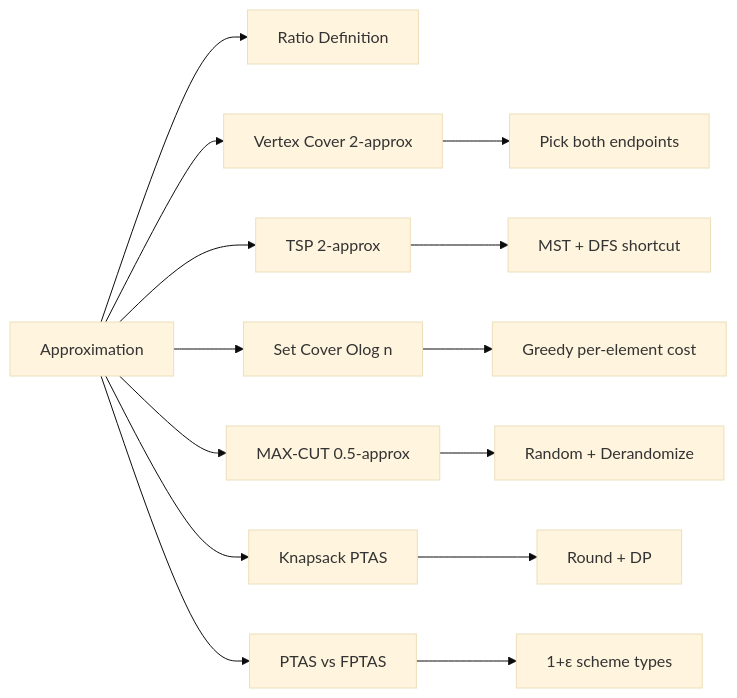
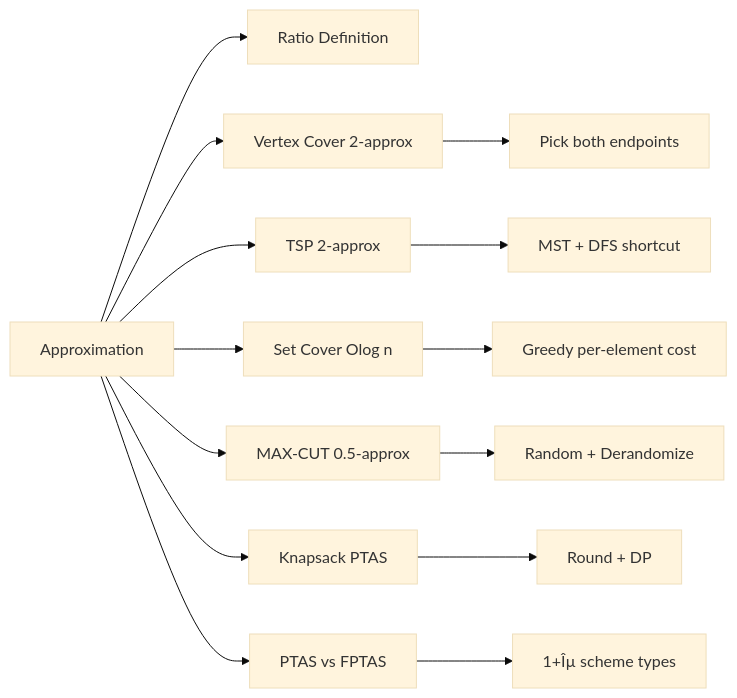
Before and after one commit to Raushan666java/ai-engineering-journey: the diagram in docs/courses/algorithms/16-approximation.md, drawn with Mermaid (base theme). The commit also changed other lines of this file and 735 other files, not shown here.

````diff
--- a/docs/courses/algorithms/16-approximation.md
+++ b/docs/courses/algorithms/16-approximation.md
@@ -58,16 +58,16 @@
 ```mermaid
 flowchart LR
     A[Approximation] --> B[Ratio Definition]
     A --> C[Vertex Cover 2-approx]
     A --> D[TSP 2-approx]
     A --> E[Set Cover Olog n]
     A --> F[MAX-CUT 0.5-approx]
     A --> G[Knapsack PTAS]
     A --> H[PTAS vs FPTAS]
     C --> I[Pick both endpoints]
     D --> J[MST + DFS shortcut]
     E --> K[Greedy per-element cost]
     F --> L[Random + Derandomize]
     G --> M[Round + DP]
-    H --> N[1+ε scheme types]
+    H --> N[1+Îµ scheme types]
 ```
````
